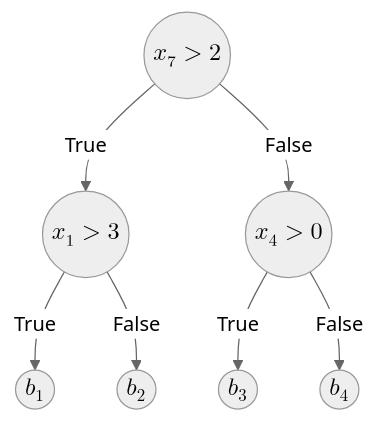
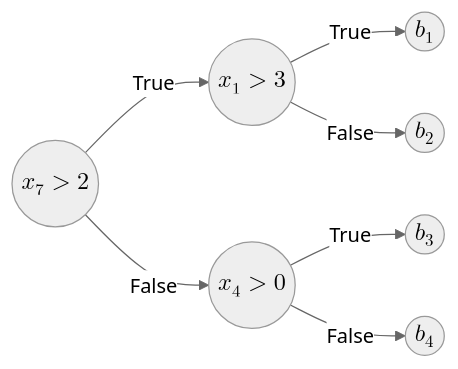
The fourth of 6 diagrams in Files/Slides/17-ltr-fundamentals.md (UFMG-Organizacao-de-Disciplinas/DCC831-TECC_Recuperacao_de_Informacao), drawn with Mermaid (neutral theme) before and after one commit. The commit also changed other lines of this file and 3 other files, not shown here.

````diff
--- a/Files/Slides/17-ltr-fundamentals.md
+++ b/Files/Slides/17-ltr-fundamentals.md
@@ -282,17 +281,17 @@
 ```mermaid
-graph TD
+graph LR
   A1(("$$x_7 > 2$$"))
   a1(("$$x_1 > 3$$"))
   a2(("$$x_4 > 0$$"))
   B1(("$$b_1$$"))
   B2(("$$b_2$$"))
   B3(("$$b_3$$"))
   B4(("$$b_4$$"))
 
   A1 -->|True| a1
   A1 -->|False| a2
   a1 -->|True| B1
   a1 -->|False| B2
   a2 -->|True| B3
   a2 -->|False| B4
 ```
````
